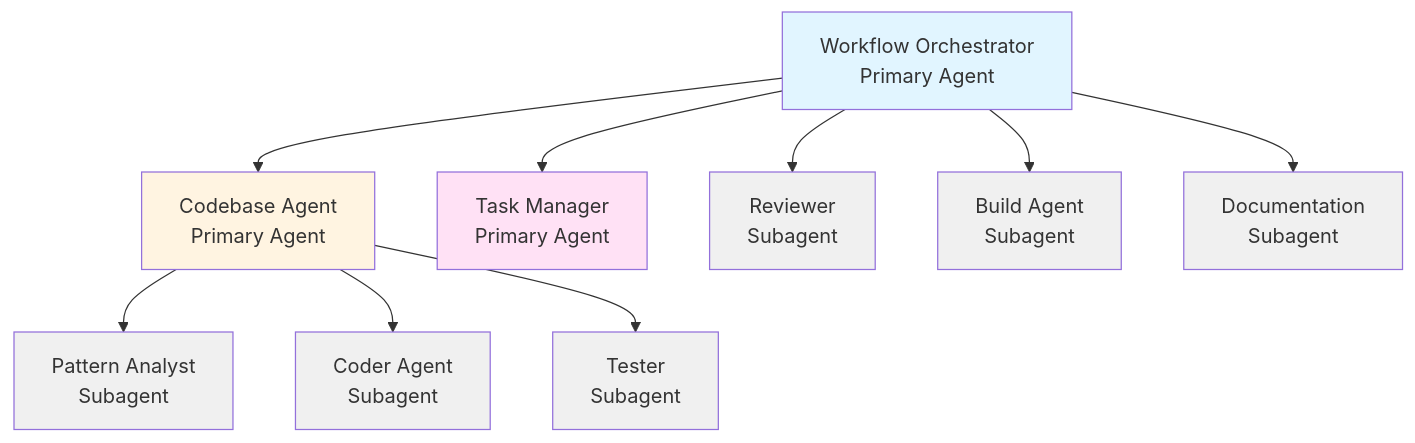
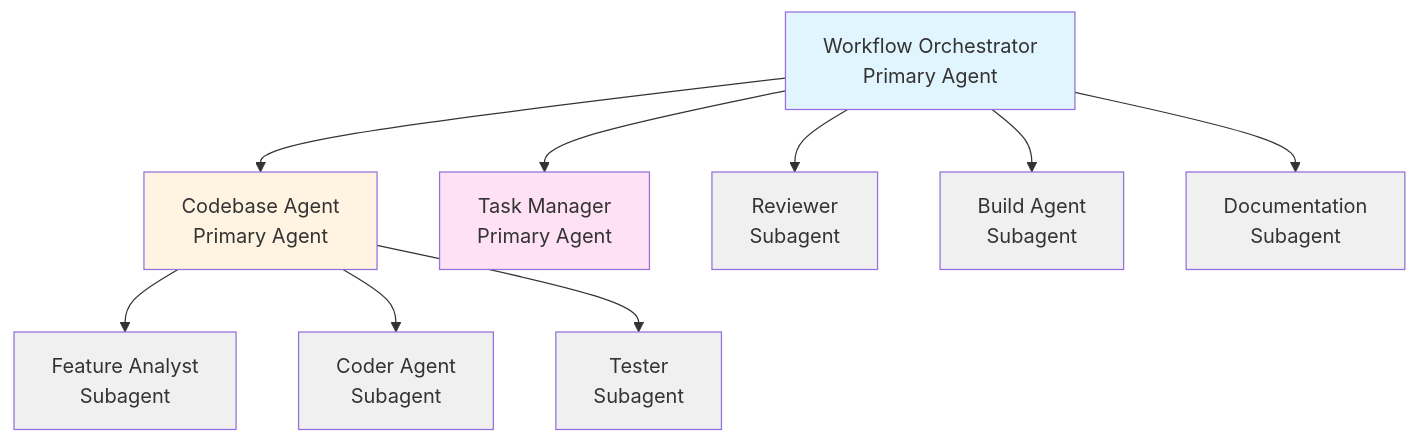
The second of 3 diagrams in opencode/.config/opencode/workflow-diagram.md (jesusidev/dotfiles), drawn with Mermaid before and after one commit. The commit also changed other lines of this file and 4 other files, not shown here.

First line of the commit message:
refactor(opencode): rename codebase-pattern-analyst to feature-analyst

````diff
--- a/opencode/.config/opencode/workflow-diagram.md
+++ b/opencode/.config/opencode/workflow-diagram.md
@@ -76,25 +76,25 @@
 ```mermaid
 graph TD
     WO[Workflow Orchestrator<br/>Primary Agent]
     
     WO --> CA[Codebase Agent<br/>Primary Agent]
     WO --> TM[Task Manager<br/>Primary Agent]
     
-    CA --> CPA[Pattern Analyst<br/>Subagent]
+    CA --> FA[Feature Analyst<br/>Subagent]
     CA --> COD[Coder Agent<br/>Subagent]
     CA --> TST[Tester<br/>Subagent]
     
     WO --> REV[Reviewer<br/>Subagent]
     WO --> BLD[Build Agent<br/>Subagent]
     WO --> DOC[Documentation<br/>Subagent]
     
     style WO fill:#e1f5ff
     style CA fill:#fff4e1
     style TM fill:#ffe1f5
-    style CPA fill:#f0f0f0
+    style FA fill:#f0f0f0
     style COD fill:#f0f0f0
     style TST fill:#f0f0f0
     style REV fill:#f0f0f0
     style BLD fill:#f0f0f0
     style DOC fill:#f0f0f0
 ```
````
